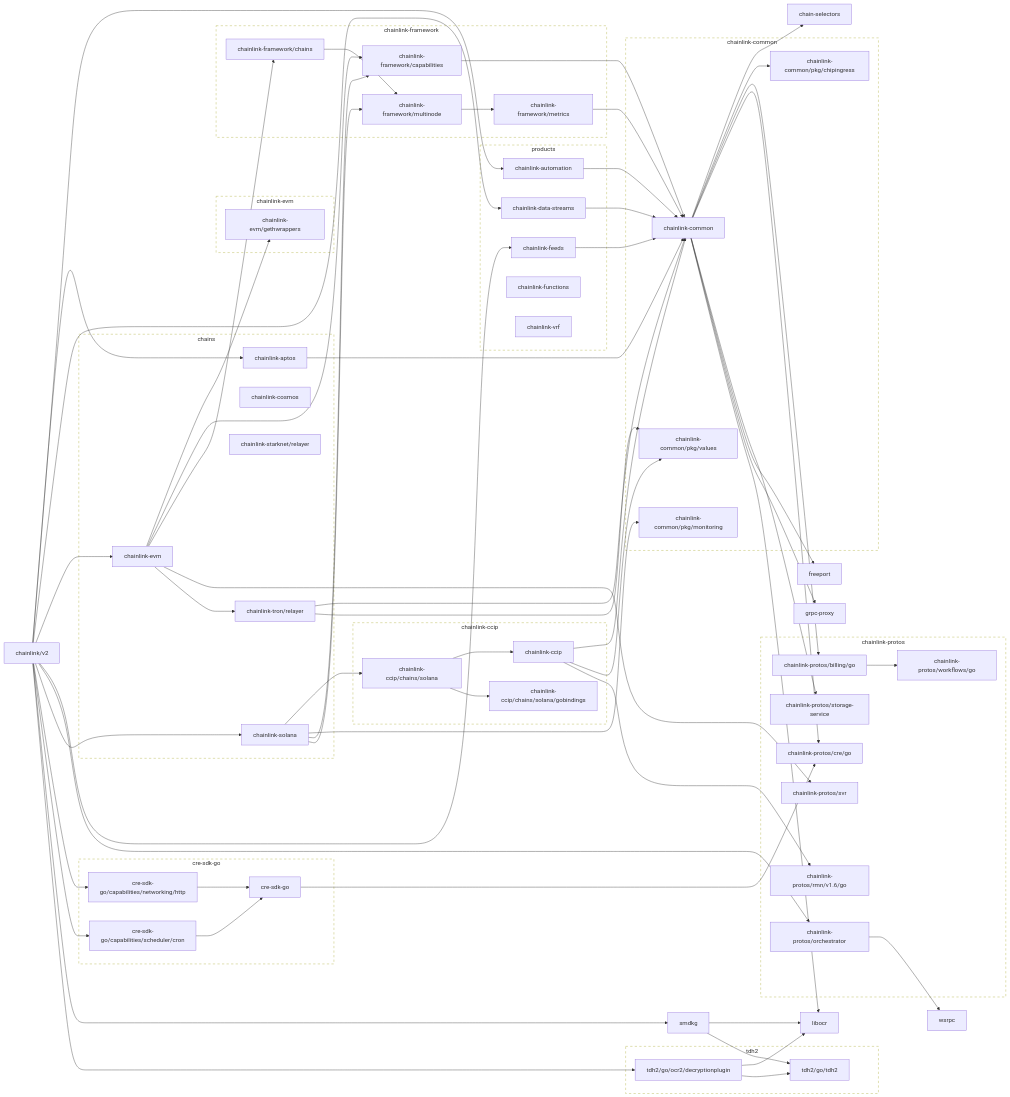
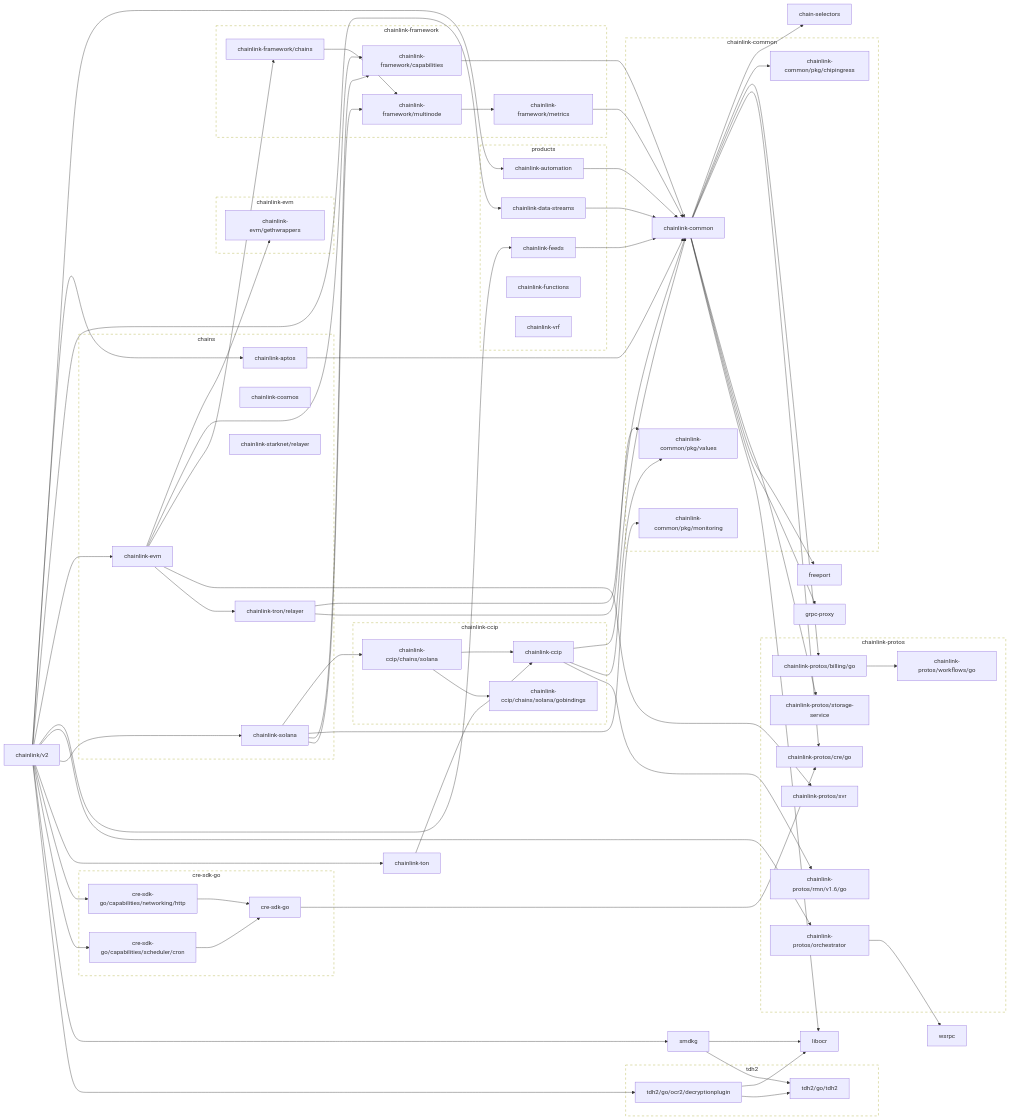
Before and after one commit to JohnDaWalka/chainlink: the first of 2 diagrams in go.md, drawn with Mermaid. The commit also changed other lines of this file and 71 other files, not shown here.

First line of the commit message:
CCIP: TON->EVM e2e (#19213)

```diff
--- a/go.md
+++ b/go.md
@@ -91,6 +91,8 @@
 	chainlink-solana --> chainlink-framework/capabilities
 	chainlink-solana --> chainlink-framework/multinode
 	click chainlink-solana href "https://github.com/smartcontractkit/chainlink-solana"
+	chainlink-ton --> chainlink-ccip
+	click chainlink-ton href "https://github.com/smartcontractkit/chainlink-ton"
 	chainlink-tron/relayer --> chainlink-common
 	chainlink-tron/relayer --> chainlink-common/pkg/values
 	click chainlink-tron/relayer href "https://github.com/smartcontractkit/chainlink-tron"
@@ -101,6 +103,7 @@
 	chainlink/v2 --> chainlink-feeds
 	chainlink/v2 --> chainlink-protos/orchestrator
 	chainlink/v2 --> chainlink-solana
+	chainlink/v2 --> chainlink-ton
 	chainlink/v2 --> cre-sdk-go/capabilities/networking/http
 	chainlink/v2 --> cre-sdk-go/capabilities/scheduler/cron
 	chainlink/v2 --> smdkg
```
